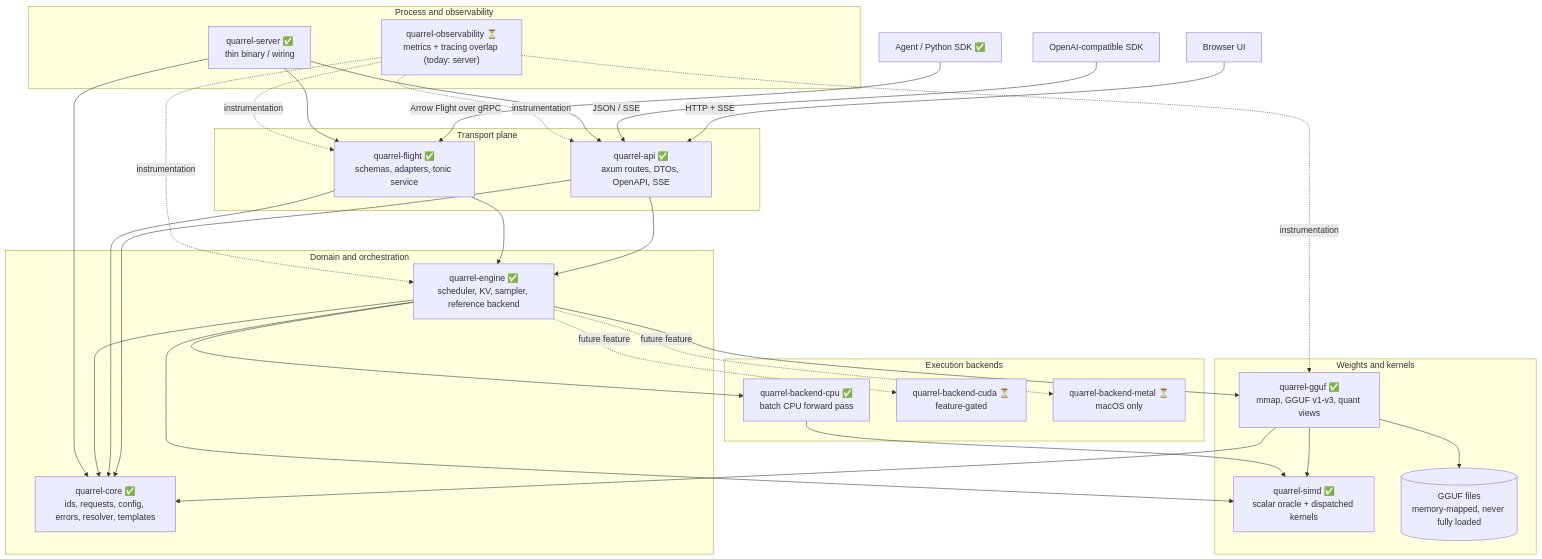
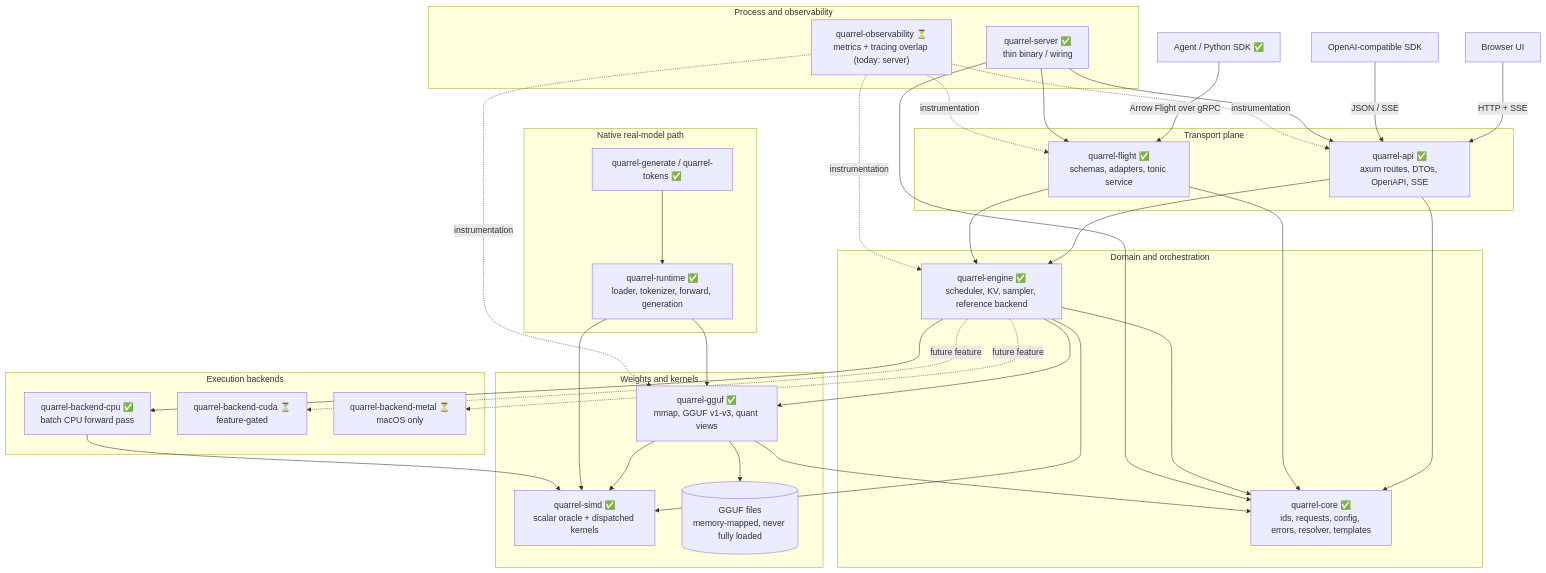
One commit to 23skdu/quarrel-rs changed the first of 6 diagrams in docs/architecture.md. Above: the diagram before and after it, drawn with Mermaid. The commit also changed other lines of this file and 59 other files, not shown here.

First line of the commit message:
feat: add native GGUF runtime and expand model-family coverage

````diff
--- a/docs/architecture.md
+++ b/docs/architecture.md
@@ -15,55 +15,63 @@
 ```mermaid
 flowchart TB
     Agent["Agent / Python SDK ✅"] -->|"Arrow Flight over gRPC"| Flight
     Browser["Browser UI"] -->|"HTTP + SSE"| Api
     Sdk["OpenAI-compatible SDK"] -->|"JSON / SSE"| Api
 
     subgraph Transport["Transport plane"]
         Flight["quarrel-flight ✅<br/>schemas, adapters, tonic service"]
         Api["quarrel-api ✅<br/>axum routes, DTOs, OpenAPI, SSE"]
     end
 
     subgraph Domain["Domain and orchestration"]
         Engine["quarrel-engine ✅<br/>scheduler, KV, sampler, reference backend"]
         Core["quarrel-core ✅<br/>ids, requests, config, errors, resolver, templates"]
     end
 
     subgraph Storage["Weights and kernels"]
         Gguf["quarrel-gguf ✅<br/>mmap, GGUF v1-v3, quant views"]
         Simd["quarrel-simd ✅<br/>scalar oracle + dispatched kernels"]
         Weights[("GGUF files<br/>memory-mapped, never fully loaded")]
+    end
+
+    subgraph Native["Native real-model path"]
+        Runtime["quarrel-runtime ✅<br/>loader, tokenizer, forward, generation"]
+        Cli["quarrel-generate / quarrel-tokens ✅"]
     end
 
     subgraph Backends["Execution backends"]
         Cpu["quarrel-backend-cpu ✅<br/>batch CPU forward pass"]
         Cuda["quarrel-backend-cuda ⏳<br/>feature-gated"]
         Metal["quarrel-backend-metal ⏳<br/>macOS only"]
     end
 
     subgraph Operations["Process and observability"]
         Server["quarrel-server ✅<br/>thin binary / wiring"]
         Obs["quarrel-observability ⏳<br/>metrics + tracing overlap (today: server)"]
     end
 
     Api --> Core
     Api --> Engine
     Flight --> Core
     Flight --> Engine
     Engine --> Core
     Engine --> Gguf
     Engine --> Simd
     Gguf --> Core
     Gguf --> Simd
     Gguf --> Weights
+    Runtime --> Gguf
+    Runtime --> Simd
+    Cli --> Runtime
     Engine --> Cpu
     Engine -. "future feature" .-> Cuda
     Engine -. "future feature" .-> Metal
     Cpu --> Simd
     Server --> Api
     Server --> Flight
     Server --> Core
     Obs -. "instrumentation" .-> Api
     Obs -. "instrumentation" .-> Flight
     Obs -. "instrumentation" .-> Engine
     Obs -. "instrumentation" .-> Gguf
 ```
````
